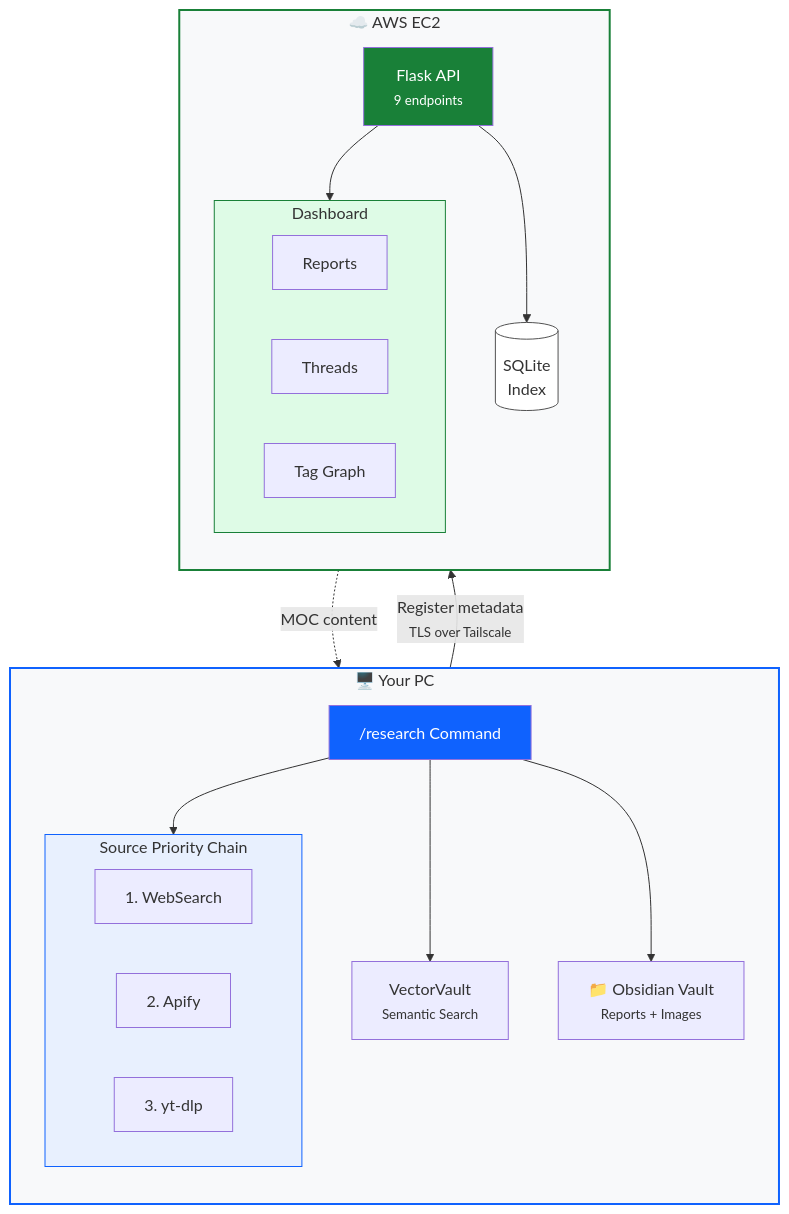
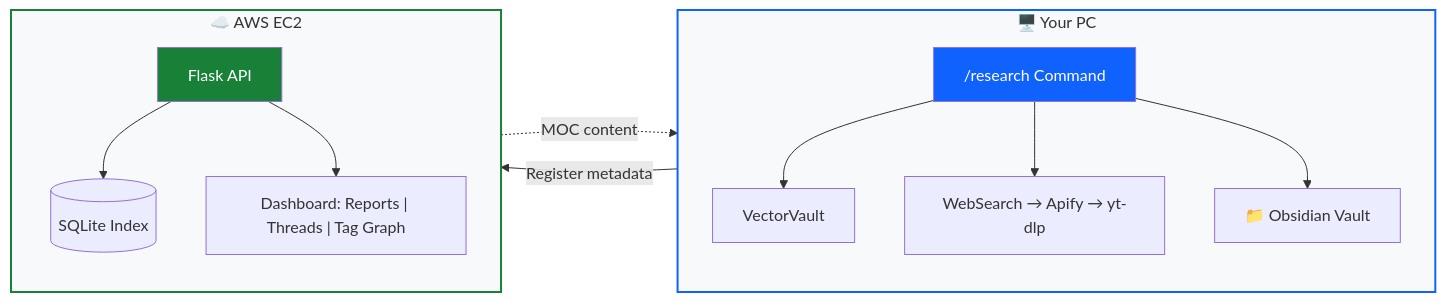
Before and after one commit to jbharvey1/recall: the first of 2 diagrams in README.md, drawn with Mermaid.

Commit message:
docs: simplify architecture diagram layout

````diff
--- a/README.md
+++ b/README.md
@@ -106,47 +106,32 @@
 ```mermaid
-graph TB
+graph LR
     subgraph PC["🖥️ Your PC"]
         direction TB
         RC["/research Command"]
-        VV["VectorVault<br/><small>Semantic Search</small>"]
-        OB["📁 Obsidian Vault<br/><small>Reports + Images</small>"]
-        
-        subgraph Sources["Source Priority Chain"]
-            direction LR
-            S1["1. WebSearch"]
-            S2["2. Apify"]
-            S3["3. yt-dlp"]
-        end
+        VV["VectorVault"]
+        S1["WebSearch → Apify → yt-dlp"]
+        OB["📁 Obsidian Vault"]
 
         RC --> VV
-        RC --> Sources
+        RC --> S1
         RC --> OB
     end
 
     subgraph EC2["☁️ AWS EC2"]
         direction TB
-        API["Flask API<br/><small>9 endpoints</small>"]
-        DB[("SQLite<br/>Index")]
-        
-        subgraph Dashboard
-            direction LR
-            D1["Reports"]
-            D2["Threads"]
-            D3["Tag Graph"]
-        end
+        API["Flask API"]
+        DB[("SQLite Index")]
+        D1["Dashboard: Reports | Threads | Tag Graph"]
 
         API --> DB
-        API --> Dashboard
+        API --> D1
     end
 
-    RC -- "Register metadata<br/><small>TLS over Tailscale</small>" --> API
+    RC -- "Register metadata" --> API
     API -. "MOC content" .-> RC
 
     style PC fill:#f8f9fa,stroke:#0f62fe,stroke-width:2px
     style EC2 fill:#f8f9fa,stroke:#198038,stroke-width:2px
-    style Sources fill:#e8f0fe,stroke:#0f62fe
-    style Dashboard fill:#defbe6,stroke:#198038
-    style DB fill:#fff,stroke:#525252
     style RC fill:#0f62fe,color:#fff
     style API fill:#198038,color:#fff
 ```
````
